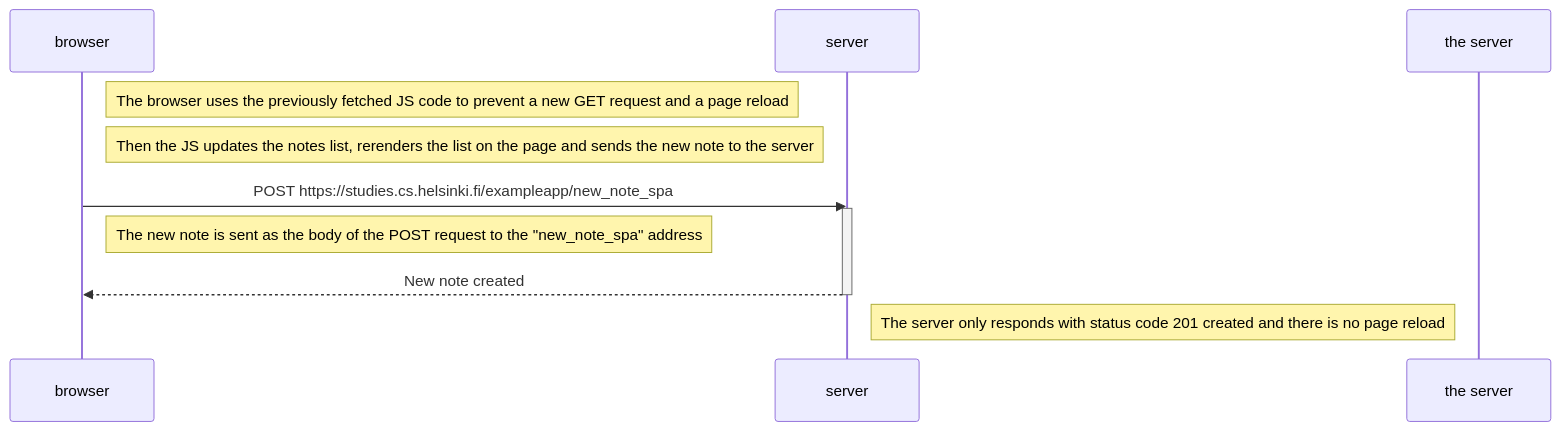
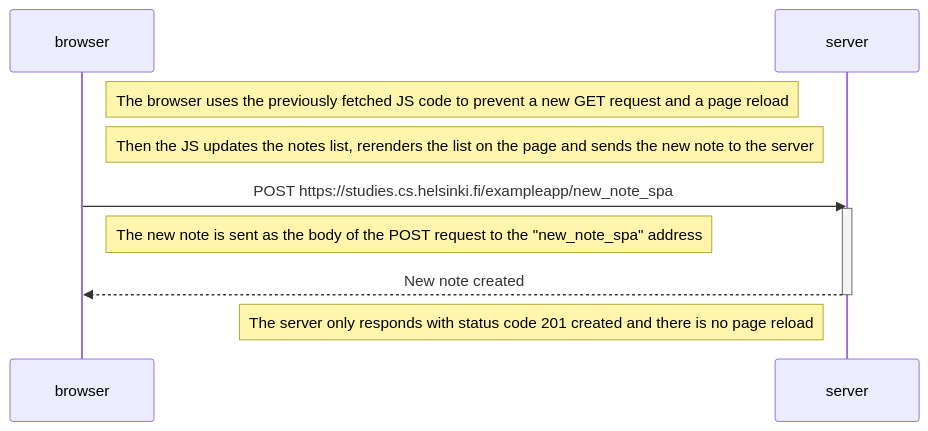
Before and after one commit to judithrea/Full-Stack-Open: the diagram in part 0/06-New note in SPA diagram.md, drawn with Mermaid.

Commit message:
updated ex6

````diff
--- a/part 0/06-New note in SPA diagram.md
+++ b/part 0/06-New note in SPA diagram.md
@@ -1,19 +1,19 @@
 ```mermaid
 sequenceDiagram
     participant browser
     participant server
 
     Note right of browser: The browser uses the previously fetched JS code to prevent a new GET request and a page reload
 
     Note right of browser: Then the JS updates the notes list, rerenders the list on the page and sends the new note to the server
     
     browser->>server: POST https://studies.cs.helsinki.fi/exampleapp/new_note_spa
     activate server
         
     Note right of browser: The new note is sent as the body of the POST request to the "new_note_spa" address
 
     server-->>browser: New note created
     deactivate server
 
-    Note left of the server: The server only responds with status code 201 created and there is no page reload
+    Note left of server: The server only responds with status code 201 created and there is no page reload
 ```
````
